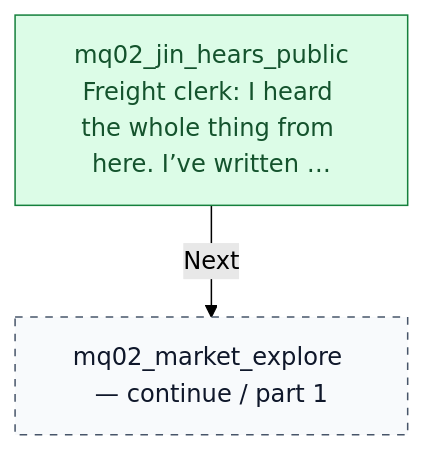
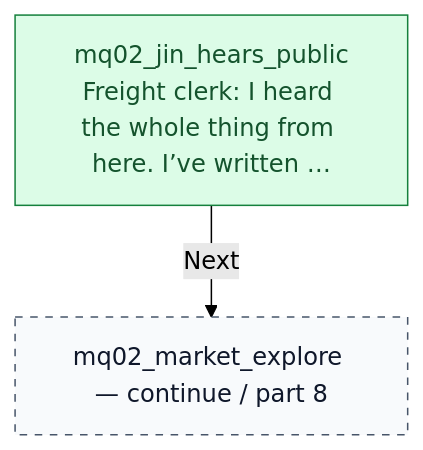
One commit to jaredbahr/Avatarrpg changed the sixth of 13 diagrams in docs/story/mq02-paper-and-stone.md. Above: the diagram before and after it, drawn with Mermaid (forest theme). The commit also changed other lines of this file and 13 other files, not shown here.

````diff
--- a/docs/story/mq02-paper-and-stone.md
+++ b/docs/story/mq02-paper-and-stone.md
@@ -180,9 +183,9 @@
 ```mermaid
 flowchart TD
   n160["mq02_jin_hears_public<br/>Freight clerk: I heard the whole thing from here. I’ve written …"]:::entry
-  n171["mq02_market_explore — continue / part 1"]:::continuation
+  n171["mq02_market_explore — continue / part 8"]:::continuation
   n160 -->|"Next"| n171
   classDef entry fill:#dcfce7,stroke:#15803d,color:#14532d
   classDef external fill:#f3e8ff,stroke:#7e22ce,color:#581c87
   classDef continuation fill:#f8fafc,stroke:#475569,color:#0f172a,stroke-dasharray:5 5
 ```
````
